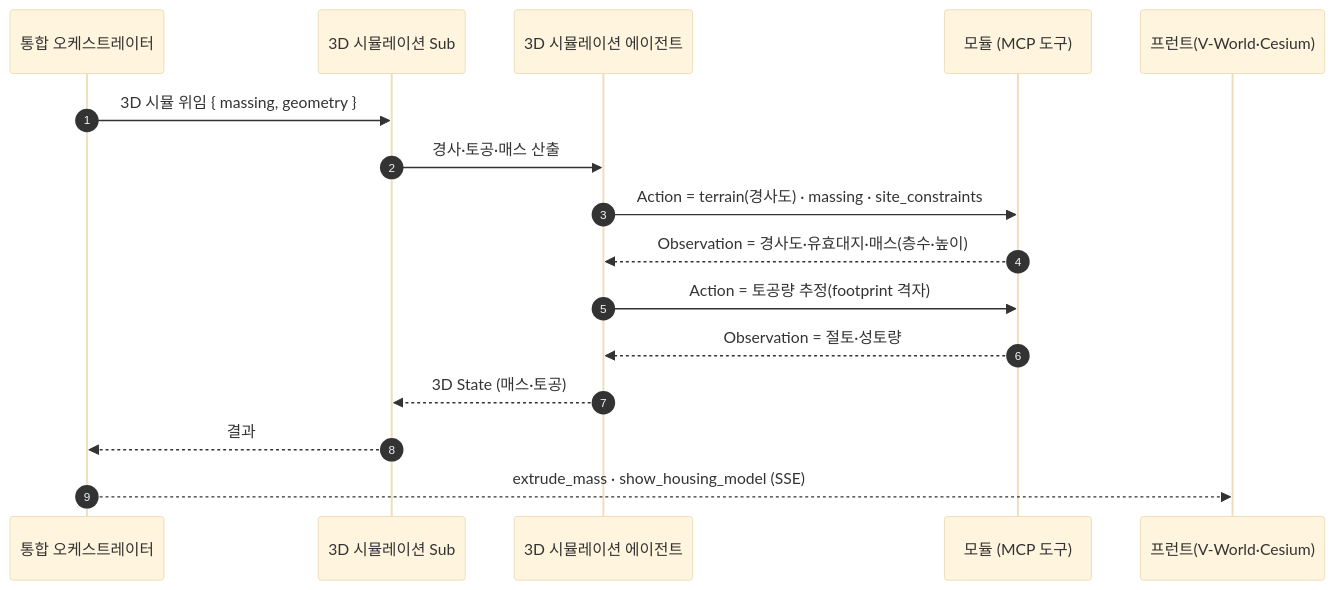
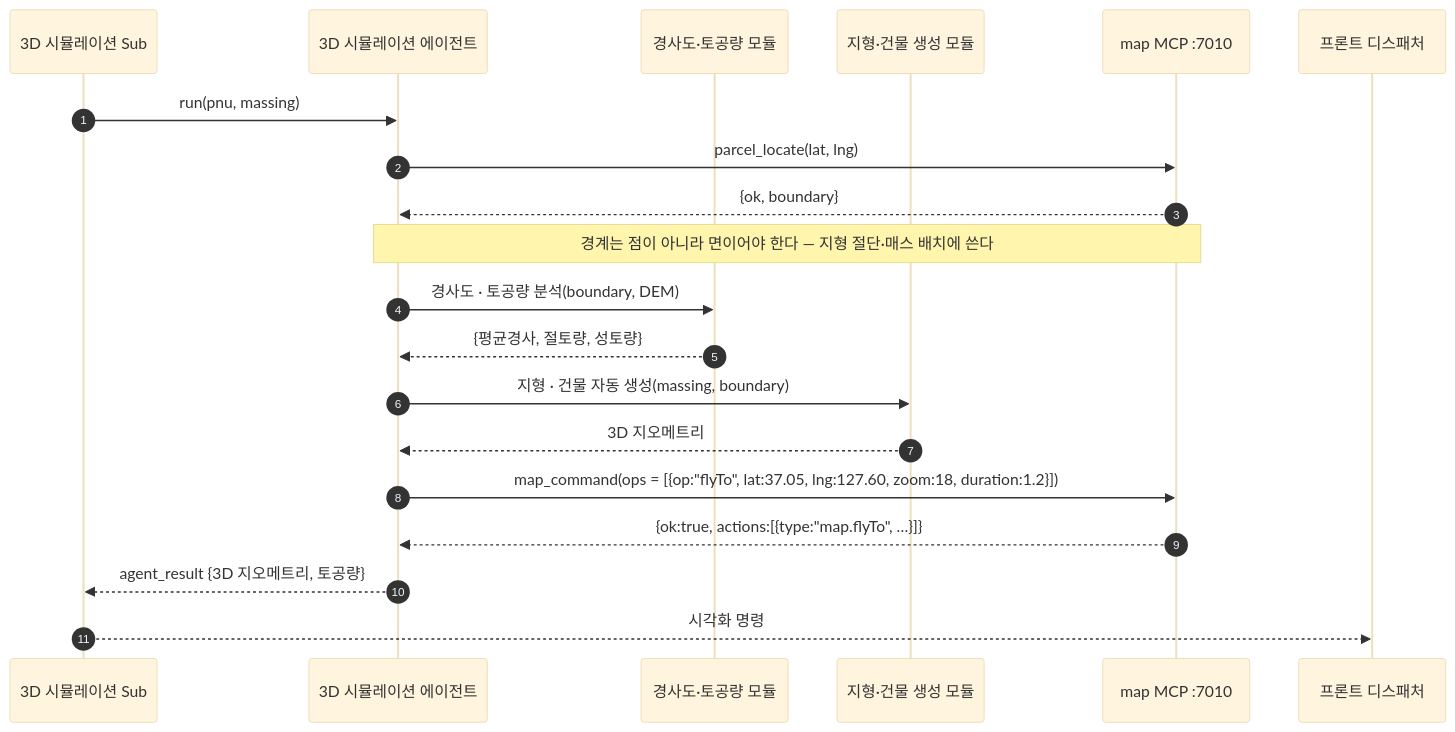
Diagram 12 of 14 in docs/MCP-AGENT-SEQUENCE.md (madlrengg100/permit-copilot), drawn with Mermaid (base theme) before and after one commit. The commit also changed other lines of this file, not shown here.

First line of the commit message:
Add MCP 4-layer agent call sequence design doc

````diff
--- a/docs/MCP-AGENT-SEQUENCE.md
+++ b/docs/MCP-AGENT-SEQUENCE.md
@@ -107,19 +842,28 @@
 ```mermaid
 sequenceDiagram
     autonumber
-    participant IO as 통합 오케스트레이터
-    participant SO3 as 3D 시뮬레이션 Sub
-    participant SIM as 3D 시뮬레이션 에이전트
-    participant MOD as 모듈 (MCP 도구)
-    participant FE as 프런트(V-World·Cesium)
+    participant SO as 3D 시뮬레이션 Sub
+    participant AG as 3D 시뮬레이션 에이전트
+    participant SL as 경사도·토공량 모듈
+    participant GN as 지형·건물 생성 모듈
+    participant MCP as map MCP :7010
+    participant FE as 프론트 디스패처
 
-    IO->>SO3: 3D 시뮬 위임 { massing, geometry }
-    SO3->>SIM: 경사·토공·매스 산출
-    SIM->>MOD: Action = terrain(경사도) · massing · site_constraints
-    MOD-->>SIM: Observation = 경사도·유효대지·매스(층수·높이)
-    SIM->>MOD: Action = 토공량 추정(footprint 격자)
-    MOD-->>SIM: Observation = 절토·성토량
-    SIM-->>SO3: 3D State (매스·토공)
-    SO3-->>IO: 결과
-    IO-->>FE: extrude_mass · show_housing_model (SSE)
+    SO->>AG: run(pnu, massing)
+
+    AG->>MCP: parcel_locate(lat, lng)
+    MCP-->>AG: {ok, boundary}
+    Note over AG,MCP: 경계는 점이 아니라 면이어야 한다 — 지형 절단·매스 배치에 쓴다
+
+    AG->>SL: 경사도 · 토공량 분석(boundary, DEM)
+    SL-->>AG: {평균경사, 절토량, 성토량}
+
+    AG->>GN: 지형 · 건물 자동 생성(massing, boundary)
+    GN-->>AG: 3D 지오메트리
+
+    AG->>MCP: map_command(ops = [{op:"flyTo", lat:37.05, lng:127.60, zoom:18, duration:1.2}])
+    MCP-->>AG: {ok:true, actions:[{type:"map.flyTo", …}]}
+
+    AG-->>SO: agent_result {3D 지오메트리, 토공량}
+    SO-->>FE: 시각화 명령
 ```
````
